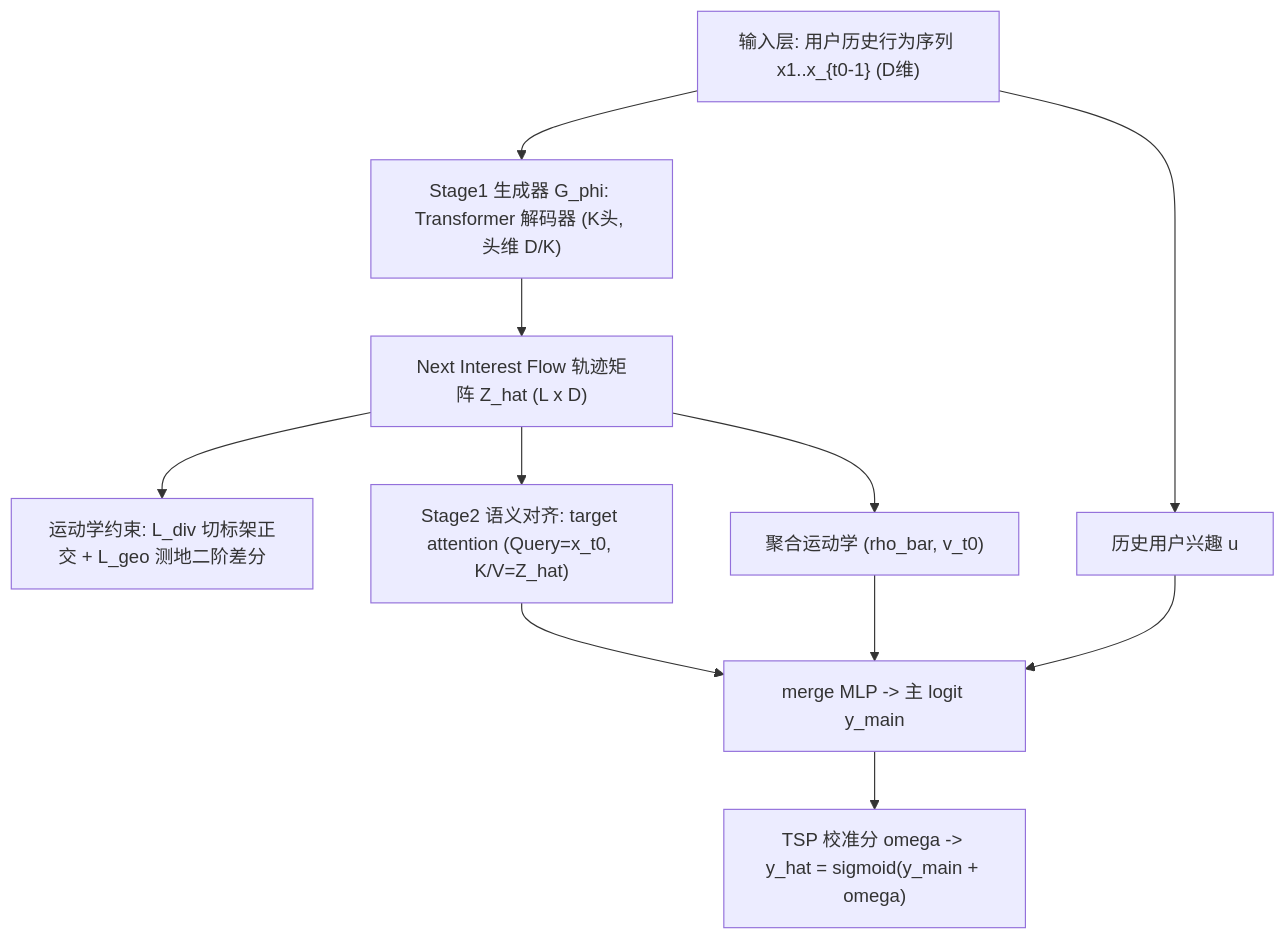
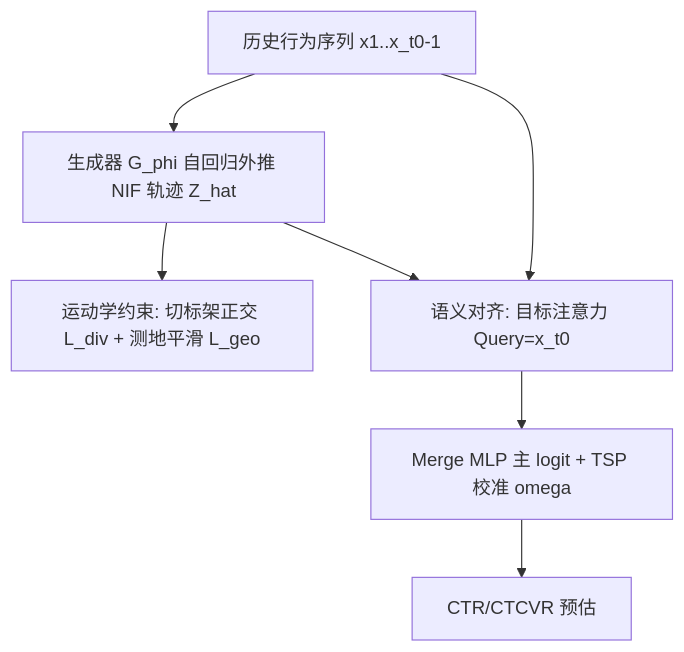
The diagram in docs/venues/SIGIR/2026/generative_rec/next_interest_flow_a_generative_pre_training_paradigm_for_recommender_syste.md (jbdcia321vw/Paper-Notes), drawn with Mermaid before and after one commit. The commit also changed other lines of this file and 1119 other files, not shown here.

````diff
--- a/docs/venues/SIGIR/2026/generative_rec/next_interest_flow_a_generative_pre_training_paradigm_for_recommender_syste.md
+++ b/docs/venues/SIGIR/2026/generative_rec/next_interest_flow_a_generative_pre_training_paradigm_for_recommender_syste.md
@@ -56,13 +46,9 @@
 ```mermaid
 flowchart TD
-    A["输入层: 用户历史行为序列 x1..x_{t0-1} (D维)"] --> B["Stage1 生成器 G_phi: Transformer 解码器 (K头, 头维 D/K)"]
-    B --> C["Next Interest Flow 轨迹矩阵 Z_hat (L x D)"]
-    C --> D["运动学约束: L_div 切标架正交 + L_geo 测地二阶差分"]
-    C --> E["Stage2 语义对齐: target attention (Query=x_t0, K/V=Z_hat)"]
-    A --> F["历史用户兴趣 u"]
-    E --> G["merge MLP -> 主 logit y_main"]
-    C --> H["聚合运动学 (rho_bar, v_t0)"]
-    H --> G
-    F --> G
-    G --> I["TSP 校准分 omega -> y_hat = sigmoid(y_main + omega)"]
+    A["历史行为序列 x1..x_t0-1"] --> B["生成器 G_phi 自回归外推 NIF 轨迹 Z_hat"]
+    B --> C["运动学约束: 切标架正交 L_div + 测地平滑 L_geo"]
+    B --> D["语义对齐: 目标注意力 Query=x_t0"]
+    A --> D
+    D --> E["Merge MLP 主 logit + TSP 校准 omega"]
+    E --> F["CTR/CTCVR 预估"]
 ```
````
